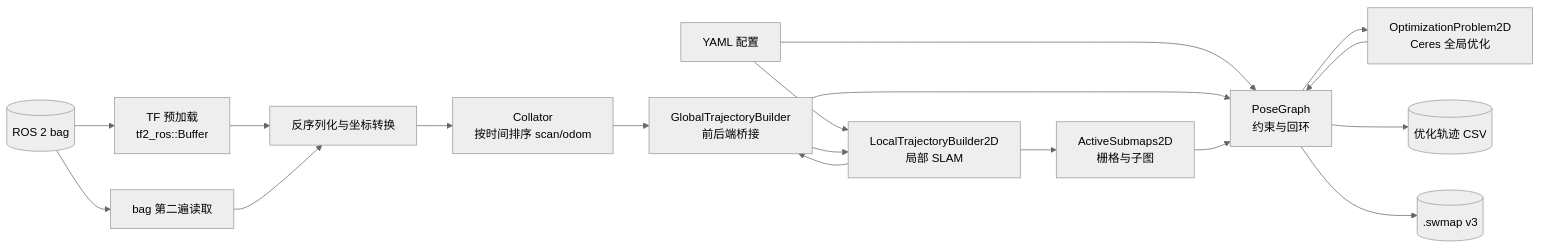
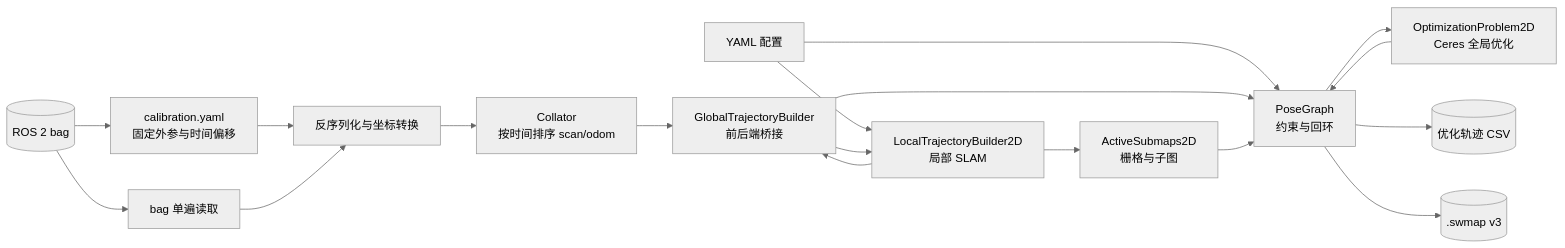
One commit to liujiacheng1009/cartographer changed the diagram in doc/BAG_PIPELINE_ARCHITECTURE.md. Above: the diagram before and after it, drawn with Mermaid (neutral theme). The commit also changed other lines of this file and 3 other files, not shown here.

Commit message:
refactor: load bag sensor calibration from YAML

````diff
--- a/doc/BAG_PIPELINE_ARCHITECTURE.md
+++ b/doc/BAG_PIPELINE_ARCHITECTURE.md
@@ -21,34 +21,34 @@
 ```mermaid
 flowchart LR
     BAG[(ROS 2 bag)]
     CFG[YAML 配置]
-    TF[TF 预加载<br/>tf2_ros::Buffer]
-    READ[bag 第二遍读取]
+    TF[calibration.yaml<br/>固定外参与时间偏移]
+    READ[bag 单遍读取]
     CONVERT[反序列化与坐标转换]
     COLLATE[Collator<br/>按时间排序 scan/odom]
     LOCAL[LocalTrajectoryBuilder2D<br/>局部 SLAM]
     SUBMAP[ActiveSubmaps2D<br/>栅格与子图]
     GLOBAL[GlobalTrajectoryBuilder<br/>前后端桥接]
     GRAPH[PoseGraph<br/>约束与回环]
     OPT[OptimizationProblem2D<br/>Ceres 全局优化]
     CSV[(优化轨迹 CSV)]
     SWMAP[(.swmap v3)]
 
     CFG --> LOCAL
     CFG --> GRAPH
     BAG --> TF
     BAG --> READ
     TF --> CONVERT
     READ --> CONVERT
     CONVERT --> COLLATE
     COLLATE --> GLOBAL
     GLOBAL --> LOCAL
     LOCAL --> SUBMAP
     LOCAL --> GLOBAL
     GLOBAL --> GRAPH
     SUBMAP --> GRAPH
     GRAPH --> OPT
     OPT --> GRAPH
     GRAPH --> CSV
     GRAPH --> SWMAP
 ```
````
